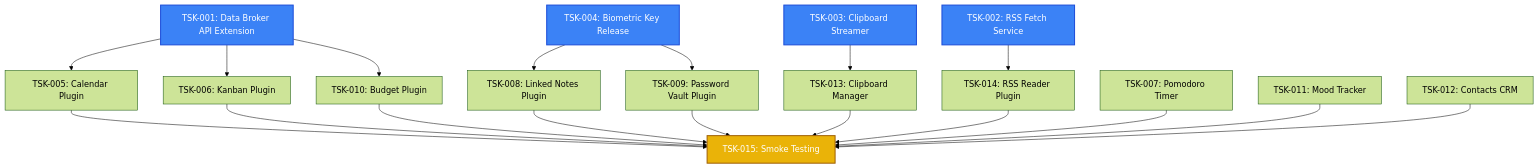
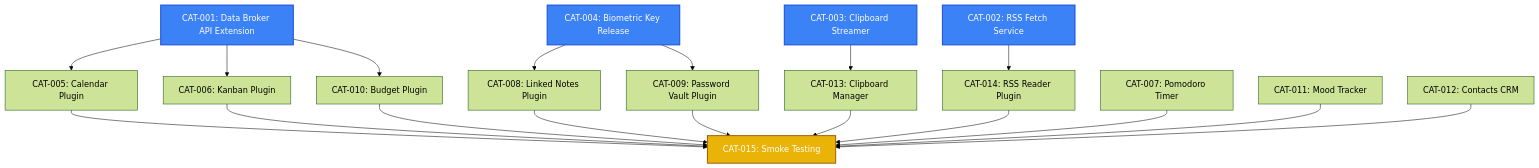
The first of 4 diagrams in docs/aidlc-docs/inception/plugin-catalog-tech_spec.md (RadioMan18/aether-app-plugins), drawn with Mermaid (forest theme) before and after one commit. The commit also changed other lines of this file and 39 other files, not shown here.

````diff
--- a/docs/aidlc-docs/inception/plugin-catalog-tech_spec.md
+++ b/docs/aidlc-docs/inception/plugin-catalog-tech_spec.md
@@ -54,31 +54,31 @@
 ```mermaid
 graph TD
 %% Host-Level Services (Inception Phase)
-TSK-001[TSK-001: Data Broker API Extension] --> TSK-005[TSK-005: Calendar Plugin]
-TSK-001 --> TSK-006[TSK-006: Kanban Plugin]
-TSK-001 --> TSK-010[TSK-010: Budget Plugin]
-TSK-002[TSK-002: RSS Fetch Service] --> TSK-014[TSK-014: RSS Reader Plugin]
-TSK-003[TSK-003: Clipboard Streamer] --> TSK-013[TSK-013: Clipboard Manager]
-TSK-004[TSK-004: Biometric Key Release] --> TSK-008[TSK-008: Linked Notes Plugin]
-TSK-004 --> TSK-009[TSK-009: Password Vault Plugin]
+CAT-001[CAT-001: Data Broker API Extension] --> CAT-005[CAT-005: Calendar Plugin]
+CAT-001 --> CAT-006[CAT-006: Kanban Plugin]
+CAT-001 --> CAT-010[CAT-010: Budget Plugin]
+CAT-002[CAT-002: RSS Fetch Service] --> CAT-014[CAT-014: RSS Reader Plugin]
+CAT-003[CAT-003: Clipboard Streamer] --> CAT-013[CAT-013: Clipboard Manager]
+CAT-004[CAT-004: Biometric Key Release] --> CAT-008[CAT-008: Linked Notes Plugin]
+CAT-004 --> CAT-009[CAT-009: Password Vault Plugin]
 
 %% Independent Plugins
-TSK-007[TSK-007: Pomodoro Timer] --> TSK-015[TSK-015: Smoke Testing]
-TSK-011[TSK-011: Mood Tracker] --> TSK-015
-TSK-012[TSK-012: Contacts CRM] --> TSK-015
+CAT-007[CAT-007: Pomodoro Timer] --> CAT-015[CAT-015: Smoke Testing]
+CAT-011[CAT-011: Mood Tracker] --> CAT-015
+CAT-012[CAT-012: Contacts CRM] --> CAT-015
 
 %% Dependent Plugins to Smoke Testing
-TSK-005 --> TSK-015
-TSK-006 --> TSK-015
-TSK-008 --> TSK-015
-TSK-009 --> TSK-015
-TSK-010 --> TSK-015
-TSK-013 --> TSK-015
-TSK-014 --> TSK-015
+CAT-005 --> CAT-015
+CAT-006 --> CAT-015
+CAT-008 --> CAT-015
+CAT-009 --> CAT-015
+CAT-010 --> CAT-015
+CAT-013 --> CAT-015
+CAT-014 --> CAT-015
 
-style TSK-001 fill:#3b82f6,stroke:#1d4ed8,stroke-width:2px,color:#fff
-style TSK-002 fill:#3b82f6,stroke:#1d4ed8,stroke-width:2px,color:#fff
-style TSK-003 fill:#3b82f6,stroke:#1d4ed8,stroke-width:2px,color:#fff
-style TSK-004 fill:#3b82f6,stroke:#1d4ed8,stroke-width:2px,color:#fff
-style TSK-015 fill:#eab308,stroke:#a16207,stroke-width:2px,color:#fff
+style CAT-001 fill:#3b82f6,stroke:#1d4ed8,stroke-width:2px,color:#fff
+style CAT-002 fill:#3b82f6,stroke:#1d4ed8,stroke-width:2px,color:#fff
+style CAT-003 fill:#3b82f6,stroke:#1d4ed8,stroke-width:2px,color:#fff
+style CAT-004 fill:#3b82f6,stroke:#1d4ed8,stroke-width:2px,color:#fff
+style CAT-015 fill:#eab308,stroke:#a16207,stroke-width:2px,color:#fff
 ```
````
